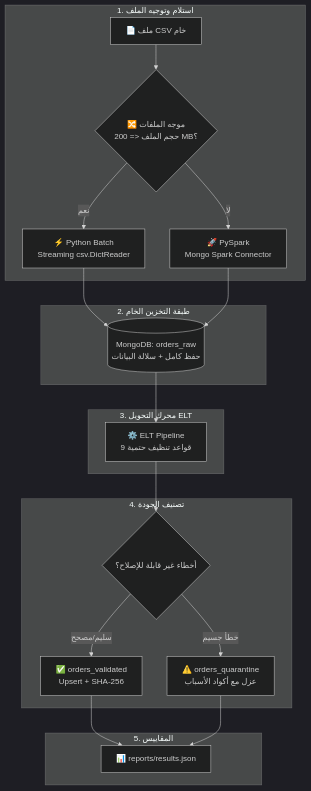
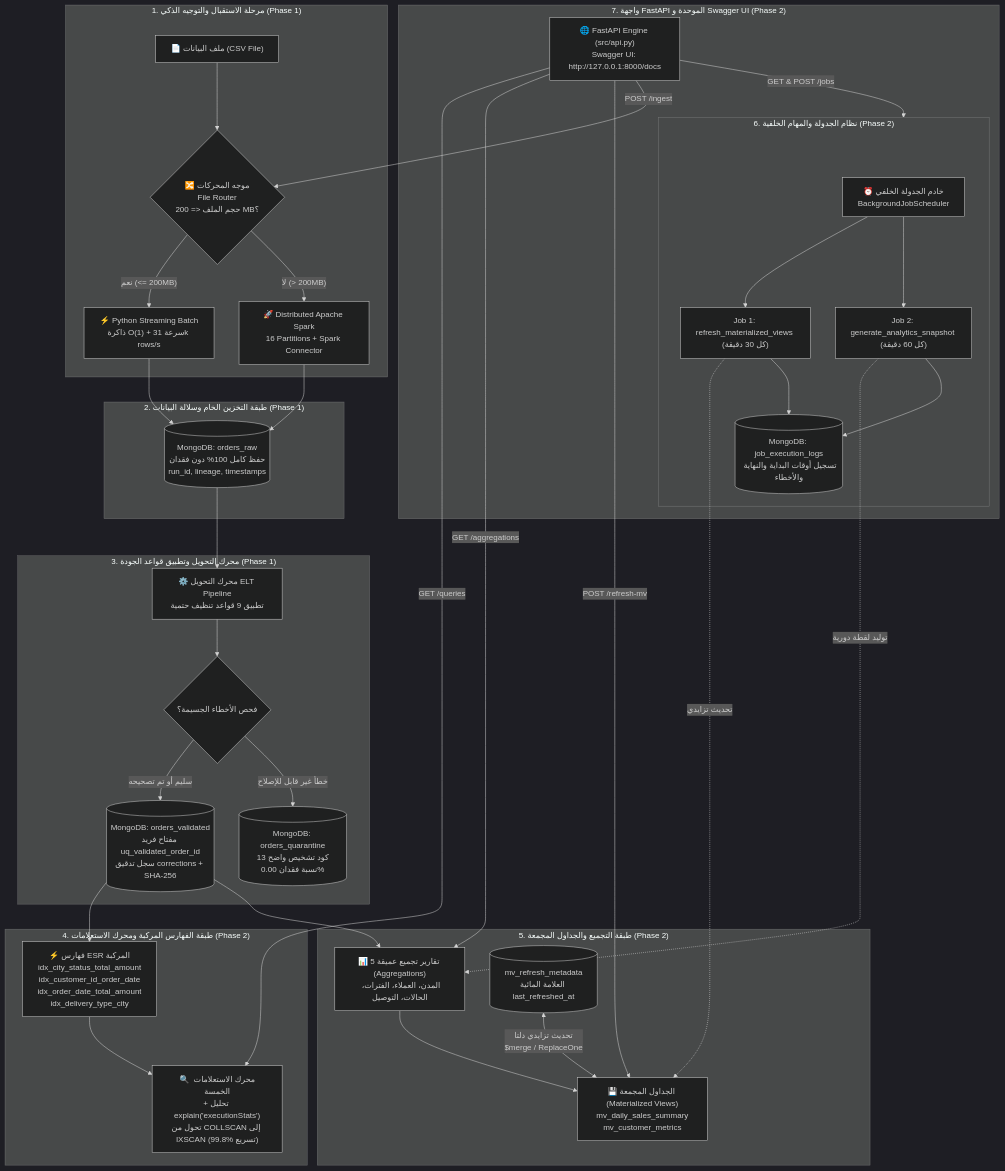
One commit to mohammed-m-alhaj/midterm-data-pipeline changed the first of 4 diagrams in README.md. Above: the diagram before and after it, drawn with Mermaid (dark theme). The commit also changed other lines of this file and 3 other files, not shown here.

````diff
--- a/README.md
+++ b/README.md
@@ -57,24 +67,50 @@
 ```mermaid
 flowchart TD
-    subgraph S1 [" 1. استلام وتوجيه الملف "]
-        A["📄 ملف CSV خام"] --> B{"🔀 موجه الملفات<br/>حجم الملف <= 200 MB؟"}
-        B -- "نعم" --> C["⚡ Python Batch<br/>Streaming csv.DictReader"]
-        B -- "لا" --> D["🚀 PySpark<br/>Mongo Spark Connector"]
+    subgraph INGESTION [" 1. مرحلة الاستقبال والتوجيه الذكي (Phase 1) "]
+        FILE["📄 ملف البيانات (CSV File)"] --> ROUTER{"🔀 موجه المحركات<br/>File Router<br/>حجم الملف <= 200 MB؟"}
+        ROUTER -- "نعم (<= 200MB)" --> PY_BATCH["⚡ Python Streaming Batch<br/>ذاكرة O(1) + سرعة 31k rows/s"]
+        ROUTER -- "لا (> 200MB)" --> SPARK_LOAD["🚀 Distributed Apache Spark<br/>16 Partitions + Spark Connector"]
     end
-    subgraph S2 [" 2. طبقة التخزين الخام "]
-        C --> E[("MongoDB: orders_raw<br/>حفظ كامل + سلالة البيانات")]
-        D --> E
+
+    subgraph RAW_LAYER [" 2. طبقة التخزين الخام وسلالة البيانات (Phase 1) "]
+        PY_BATCH --> RAW_DB[("MongoDB: orders_raw<br/>حفظ كامل 100% دون فقدان<br/>run_id, lineage, timestamps")]
+        SPARK_LOAD --> RAW_DB
     end
-    subgraph S3 [" 3. محرك التحويل ELT "]
-        E --> F["⚙️ ELT Pipeline<br/>9 قواعد تنظيف حتمية"]
+
+    subgraph ELT_CLEANING [" 3. محرك التحويل وتطبيق قواعد الجودة (Phase 1) "]
+        RAW_DB --> ELT["⚙️ محرك التحويل ELT Pipeline<br/>تطبيق 9 قواعد تنظيف حتمية"]
+        ELT --> DECISION{"فحص الأخطاء الجسيمة؟"}
+        DECISION -- "سليم أو تم تصحيحه" --> VAL_DB[("MongoDB: orders_validated<br/>مفتاح فريد uq_validated_order_id<br/>سجل تدقيق corrections + SHA-256")]
+        DECISION -- "خطأ غير قابل للإصلاح" --> QUAR_DB[("MongoDB: orders_quarantine<br/>13 كود تشخيص واضح<br/>نسبة فقدان 0.00%")]
     end
-    subgraph S4 [" 4. تصنيف الجودة "]
-        F --> H{"أخطاء غير قابلة للإصلاح؟"}
-        H -- "سليم/مصحح" --> I["✅ orders_validated<br/>Upsert + SHA-256"]
-        H -- "خطأ جسيم" --> J["⚠️ orders_quarantine<br/>عزل مع أكواد الأسباب"]
+
+    subgraph PHASE2_INDEXING [" 4. طبقة الفهارس المركبة ومحرك الاستعلامات (Phase 2) "]
+        VAL_DB --> IDX["⚡ فهارس ESR المركبة<br/>idx_city_status_total_amount<br/>idx_customer_id_order_date<br/>idx_order_date_total_amount<br/>idx_delivery_type_city"]
+        IDX --> QUERIES["🔍 محرك الاستعلامات الخمسة<br/>+ تحليل explain('executionStats')<br/>تحول من COLLSCAN إلى IXSCAN (99.8% تسريع)"]
     end
-    subgraph S5 [" 5. المقاييس "]
-        I --> M["📊 reports/results.json"]
-        J --> M
+
+    subgraph PHASE2_ANALYTICS [" 5. طبقة التجميع والجداول المجمعة (Phase 2) "]
+        VAL_DB --> AGG["📊 5 تقارير تجميع عميقة (Aggregations)<br/>المدن، العملاء، الفترات، الحالات، التوصيل"]
+        AGG --> MV["💾 الجداول المجمعة (Materialized Views)<br/>mv_daily_sales_summary<br/>mv_customer_metrics"]
+        WATERMARK[("mv_refresh_metadata<br/>العلامة المائية last_refreshed_at")] <-->|"تحديث تزايدي دلتا<br/>$merge / ReplaceOne"| MV
+    end
+
+    subgraph PHASE2_JOBS [" 6. نظام الجدولة والمهام الخلفية (Phase 2) "]
+        SCHED["⏰ خادم الجدولة الخلفي<br/>BackgroundJobScheduler"]
+        J1["Job 1: refresh_materialized_views (كل 30 دقيقة)"]
+        J2["Job 2: generate_analytics_snapshot (كل 60 دقيقة)"]
+        SCHED --> J1 & J2
+        J1 -.->|"تحديث تزايدي"| MV
+        J2 -.->|"توليد لقطة دورية"| AGG
+        J1 & J2 --> JLOG[("MongoDB: job_execution_logs<br/>تسجيل أوقات البداية والنهاية والأخطاء")]
+    end
+
+    subgraph PHASE2_SERVING [" 7. واجهة FastAPI الموحدة و Swagger UI (Phase 2) "]
+        API["🌐 FastAPI Engine (src/api.py)<br/>Swagger UI: http://127.0.0.1:8000/docs"]
+        API -->|"GET /queries"| QUERIES
+        API -->|"GET /aggregations"| AGG
+        API -->|"POST /refresh-mv"| MV
+        API -->|"GET & POST /jobs"| PHASE2_JOBS
+        API -->|"POST /ingest"| ROUTER
     end
 ```
````
